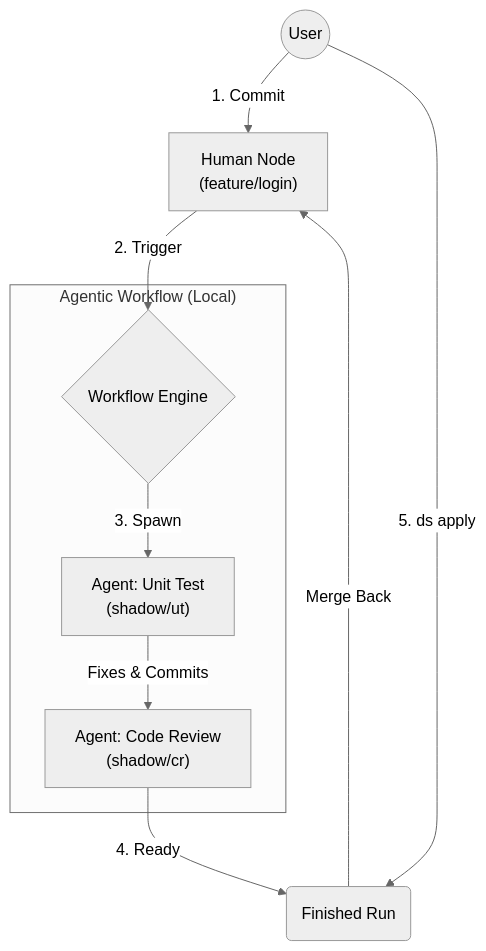
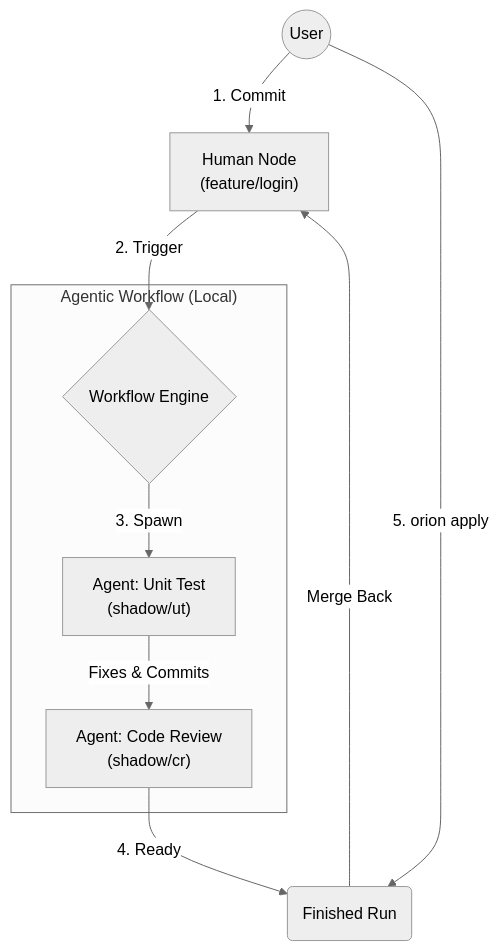
One commit to markshao/DevSwarm changed the diagram in README.md. Above: the diagram before and after it, drawn with Mermaid (neutral theme). The commit also changed other lines of this file and 47 other files, not shown here.

````diff
--- a/README.md
+++ b/README.md
@@ -24,15 +28,15 @@
 ```mermaid
 graph TD
     User((User)) -->|1. Commit| HumanNode["Human Node<br/>(feature/login)"]
     HumanNode -->|2. Trigger| Workflow{Workflow Engine}
     
     subgraph "Agentic Workflow (Local)"
         Workflow -->|3. Spawn| AgentNode1["Agent: Unit Test<br/>(shadow/ut)"]
         AgentNode1 -- Fixes & Commits --> AgentNode2["Agent: Code Review<br/>(shadow/cr)"]
     end
     
     AgentNode2 -->|4. Ready| FinalState(Finished Run)
     
-    User -->|5. ds apply| FinalState
+    User -->|5. orion apply| FinalState
     FinalState -- Merge Back --> HumanNode
 ```
````
